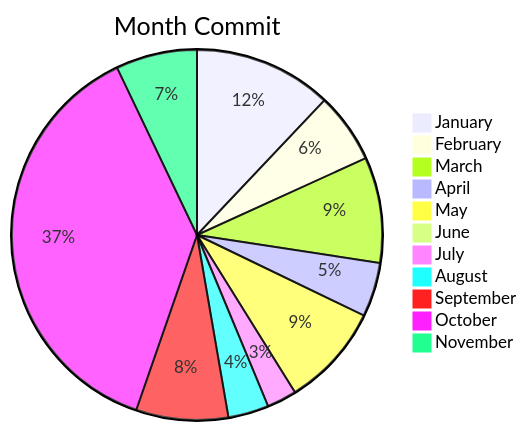
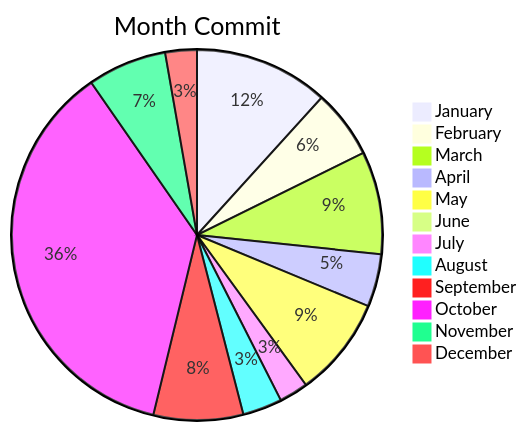
One commit to BackdevHong/WOC changed the first of 2 diagrams in README.md. Above: the diagram before and after it, drawn with Mermaid. The commit also changed other lines of this file, not shown here.

````diff
--- a/README.md
+++ b/README.md
@@ -19,14 +20,15 @@
 ```mermaid
 pie title Month Commit
 "January" : 51
 "February" : 26
 "March" : 39
 "April": 20
 "May": 38
 "June": 4
 "July": 11
 "August": 15
 "September": 34
 "October": 159
 "November": 30
+"December": 12
 ```
````
